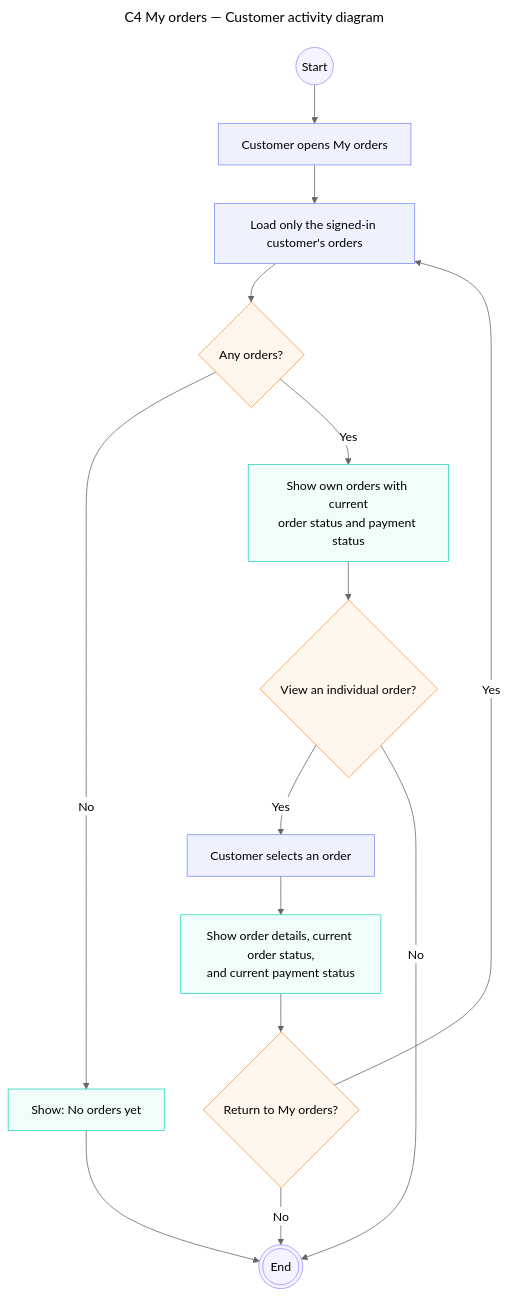
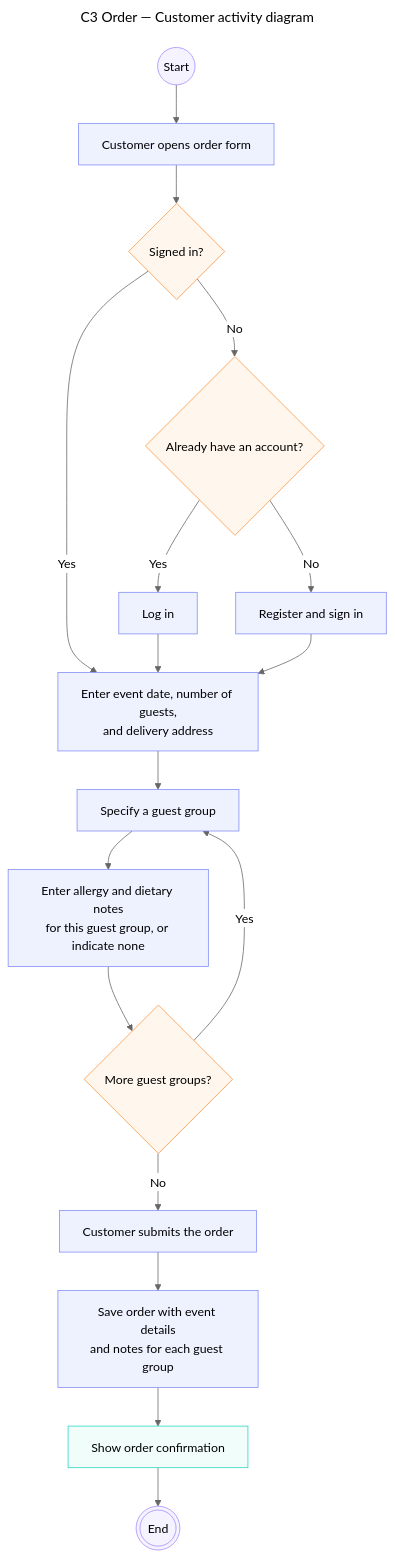
Before and after one commit to vikri8772/assignment4: the diagram in docs/plans/C4orders.md, drawn with Mermaid (neutral theme).

Commit message:
Update activity diagram title and flow for orders

````diff
--- a/docs/plans/C4orders.md
+++ b/docs/plans/C4orders.md
@@ -3,28 +3,31 @@
 ```mermaid
 ---
-title: C4 My orders — Customer activity diagram
+title: C3 Order — Customer activity diagram
 ---
 flowchart TD
-Start((Start)) --> Open["Customer opens My orders"]
-Open --> Load["Load only the signed-in customer's orders"]
-Load --> HasOrders{"Any orders?"}
-HasOrders -->|No| Empty["Show: No orders yet"]
-HasOrders -->|Yes| List["Show own orders with current<br/>order status and payment status"]
-List --> Select{"View an individual order?"}
-Select -->|Yes| Details["Customer selects an order"]
-Details --> Show["Show order details, current order status,<br/>and current payment status"]
-Show --> Back{"Return to My orders?"}
-Back -->|Yes| Load
-Back -->|No| Finish(((End)))
-Select -->|No| Finish
-Empty --> Finish
+    Start((Start)) --> Open["Customer opens order form"]
+    Open --> SignedIn{"Signed in?"}
+    SignedIn -->|No| Account{"Already have an account?"}
+    Account -->|Yes| Login["Log in"]
+    Account -->|No| Register["Register and sign in"]
+    SignedIn -->|Yes| Event["Enter event date, number of guests,<br/>and delivery address"]
+    Login --> Event
+    Register --> Event
+    Event --> Group["Specify a guest group"]
+    Group --> Allergies["Enter allergy and dietary notes<br/>for this guest group, or indicate none"]
+    Allergies --> More{"More guest groups?"}
+    More -->|Yes| Group
+    More -->|No| Submit["Customer submits the order"]
+    Submit --> Save["Save order with event details<br/>and notes for each guest group"]
+    Save --> Confirm["Show order confirmation"]
+    Confirm --> Finish((("End")))
 
-classDef action fill:#eef2ff,stroke:#818cf8
-classDef decision fill:#fff7ed,stroke:#fb923c
-classDef display fill:#f0fdfa,stroke:#2dd4bf
-classDef terminal fill:#f5f3ff,stroke:#a78bfa
-class Open,Load,Details action
-class HasOrders,Select,Back decision
-class Empty,List,Show display
-class Start,Finish terminal
+    classDef action fill:#eef2ff,stroke:#818cf8
+    classDef decision fill:#fff7ed,stroke:#fb923c
+    classDef display fill:#f0fdfa,stroke:#2dd4bf
+    classDef terminal fill:#f5f3ff,stroke:#a78bfa
+    class Open,Login,Register,Event,Group,Allergies,Submit,Save action
+    class SignedIn,Account,More decision
+    class Confirm display
+    class Start,Finish terminal
 ``` 
````
